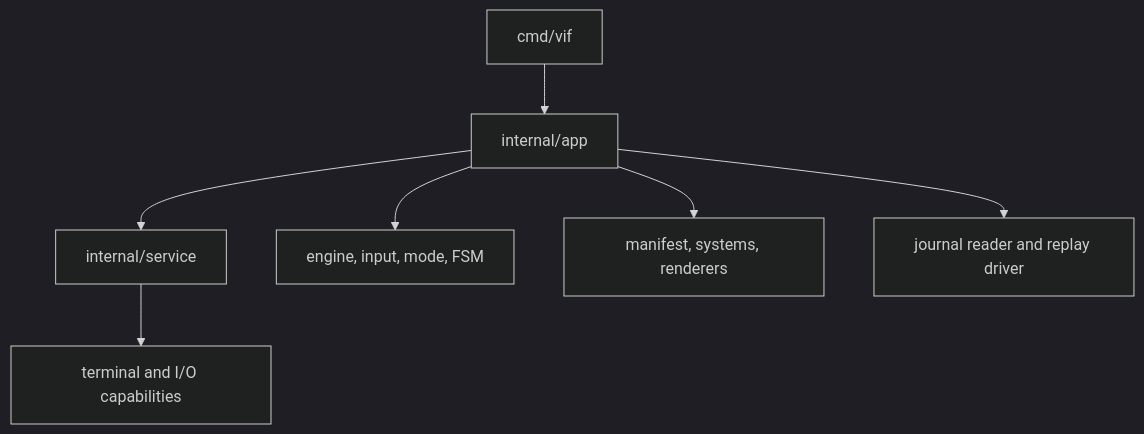
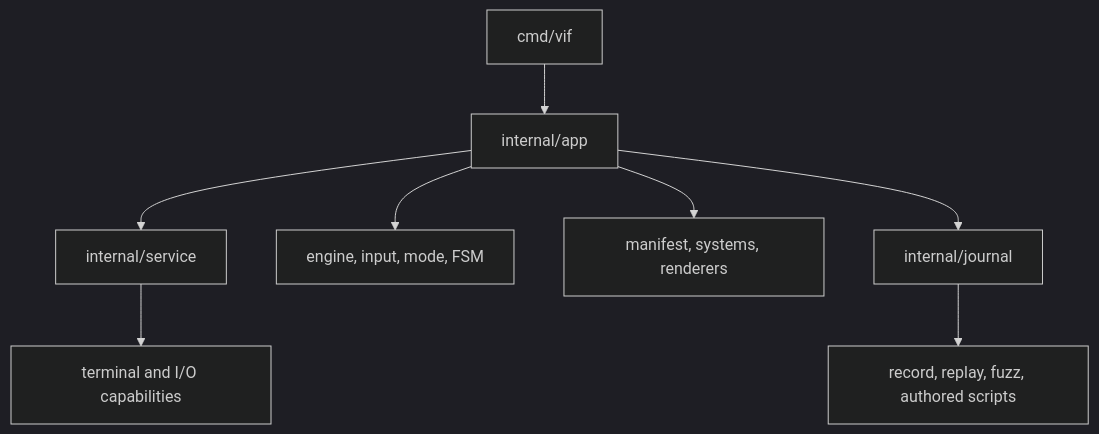
The first of 4 diagrams in doc/package-map.md (lixenwraith/vi-fighter), drawn with Mermaid (dark theme) before and after one commit. The commit also changed other lines of this file and 41 other files, not shown here.

````diff
--- a/doc/package-map.md
+++ b/doc/package-map.md
@@ -9,9 +9,10 @@
 ```mermaid
 flowchart TD
     Vif["cmd/vif"] --> App["internal/app"]
     App --> Services["internal/service"]
     App --> Runtime["engine, input, mode, FSM"]
     App --> Assembly["manifest, systems, renderers"]
-    App --> Replay["journal reader and replay driver"]
+    App --> Journal["internal/journal"]
+    Journal --> Streams["record, replay, fuzz, authored scripts"]
     Services --> External["terminal and I/O capabilities"]
 ```
````
